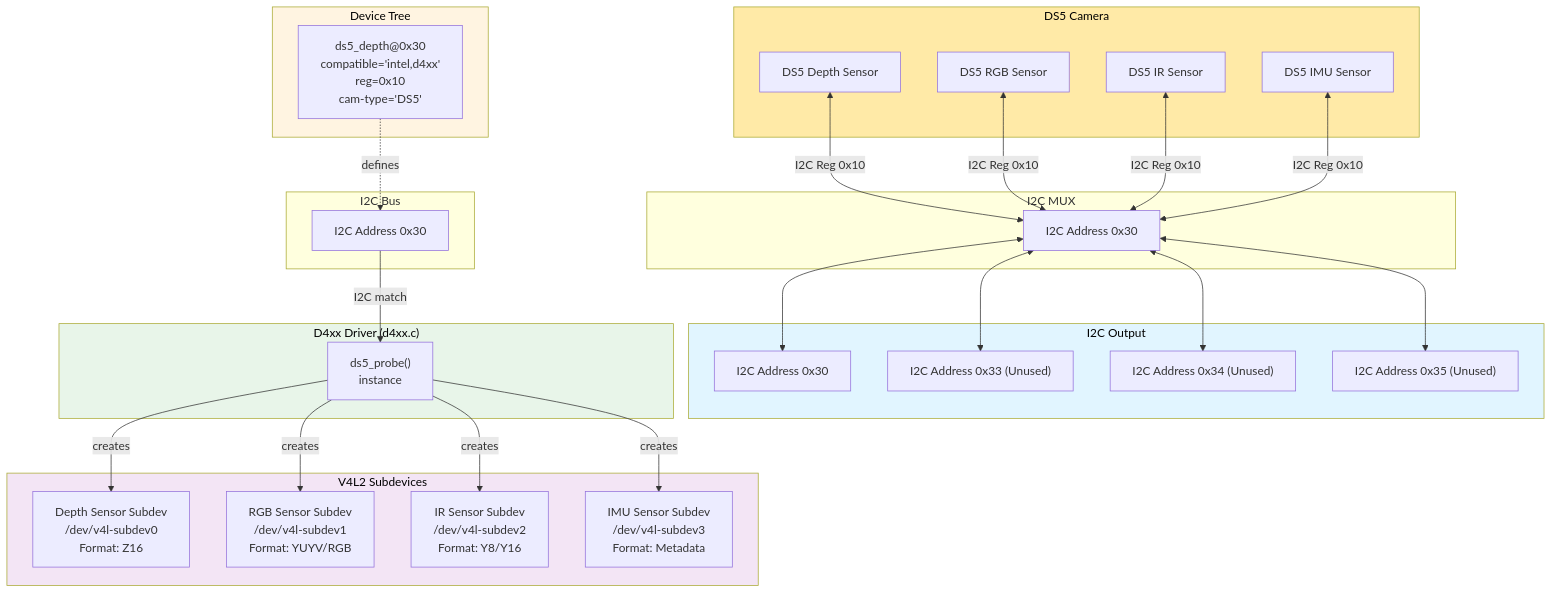
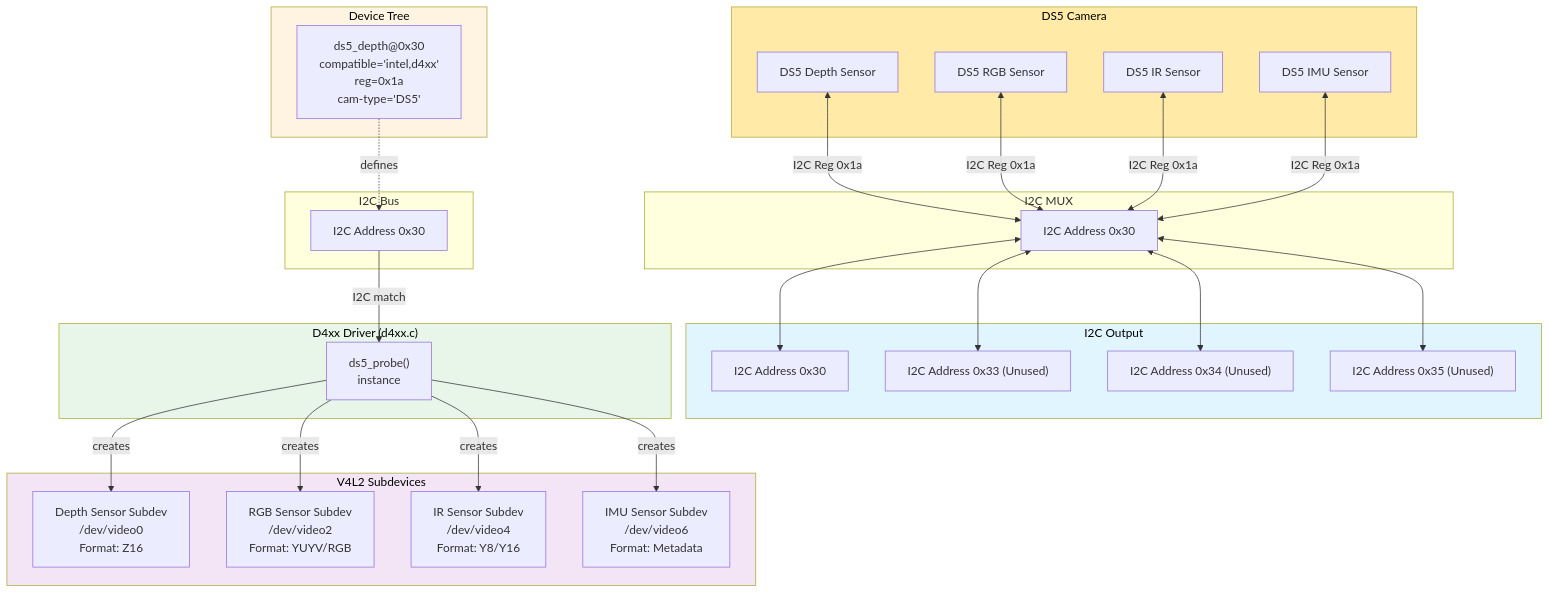
One commit to realsenseai/realsense_mipi_platform_driver changed the first of 15 diagrams in probe_flow_sequence_diagram_single_bus.md. Above: the diagram before and after it, drawn with Mermaid. The commit also changed other lines of this file and 1 other file, not shown here.

````diff
--- a/probe_flow_sequence_diagram_single_bus.md
+++ b/probe_flow_sequence_diagram_single_bus.md
@@ -9,69 +9,69 @@
 ```mermaid
 graph TB
     subgraph I2C_Addr["I2C MUX"]
         I2C_Bus_0x30["I2C Address 0x30"]
     end
 
     subgraph I2C_Out["I2C Output"]
         I2C_Out_0x30["I2C Address 0x30"]
         I2C_Out_0x33["I2C Address 0x33 (Unused)"]
         I2C_Out_0x34["I2C Address 0x34 (Unused)"]
         I2C_Out_0x35["I2C Address 0x35 (Unused)"]
     end
 
     subgraph I2C_Bus["I2C Bus"]
         I2C_Addr_0x30["I2C Address 0x30"]
     end
 
     subgraph DT["Device Tree"]
-        DT_Depth["ds5_depth@0x30<br/>compatible='intel,d4xx'<br/>reg=0x10<br/>cam-type='DS5'"]
+        DT_Depth["ds5_depth@0x30<br/>compatible='intel,d4xx'<br/>reg=0x1a<br/>cam-type='DS5'"]
     end
 
     subgraph Driver["D4xx Driver (d4xx.c)"]
         Probe_DS5["ds5_probe()<br/>instance"]
     end
 
     subgraph V4L2_Subdevs["V4L2 Subdevices"]
-        V4L2_Depth["Depth Sensor Subdev<br/>/dev/v4l-subdev0<br/>Format: Z16"]
-        V4L2_RGB["RGB Sensor Subdev<br/>/dev/v4l-subdev1<br/>Format: YUYV/RGB"]
-        V4L2_IR["IR Sensor Subdev<br/>/dev/v4l-subdev2<br/>Format: Y8/Y16"]
-        V4L2_IMU["IMU Sensor Subdev<br/>/dev/v4l-subdev3<br/>Format: Metadata"]
+        V4L2_Depth["Depth Sensor Subdev<br/>/dev/video0<br/>Format: Z16"]
+        V4L2_RGB["RGB Sensor Subdev<br/>/dev/video2<br/>Format: YUYV/RGB"]
+        V4L2_IR["IR Sensor Subdev<br/>/dev/video4<br/>Format: Y8/Y16"]
+        V4L2_IMU["IMU Sensor Subdev<br/>/dev/video6<br/>Format: Metadata"]
     end
 
     subgraph Hardware["DS5 Camera"]
         HW_Depth["DS5 Depth Sensor"]
         HW_RGB["DS5 RGB Sensor"]
         HW_IR["DS5 IR Sensor"]
         HW_IMU["DS5 IMU Sensor"]
     end
 
     %% Device Tree to I2C Address
     DT_Depth -.->|defines| I2C_Addr_0x30
 
     %% I2C to Driver Probe
     I2C_Addr_0x30 -->|I2C match| Probe_DS5
 
     %% Driver to V4L2 Subdevices
     Probe_DS5 -->|creates| V4L2_Depth
     Probe_DS5 -->|creates| V4L2_RGB
     Probe_DS5 -->|creates| V4L2_IR
     Probe_DS5 -->|creates| V4L2_IMU
 
     %% Hardware connection
-    HW_Depth <-->|I2C Reg 0x10| I2C_Bus_0x30
-    HW_RGB <-->|I2C Reg 0x10| I2C_Bus_0x30
-    HW_IR <-->|I2C Reg 0x10| I2C_Bus_0x30
-    HW_IMU <-->|I2C Reg 0x10| I2C_Bus_0x30
+    HW_Depth <-->|I2C Reg 0x1a| I2C_Bus_0x30
+    HW_RGB <-->|I2C Reg 0x1a| I2C_Bus_0x30
+    HW_IR <-->|I2C Reg 0x1a| I2C_Bus_0x30
+    HW_IMU <-->|I2C Reg 0x1a| I2C_Bus_0x30
 
     %% Mux Output
     I2C_Bus_0x30 <--> I2C_Out_0x30
     I2C_Bus_0x30 <--> I2C_Out_0x33
     I2C_Bus_0x30 <--> I2C_Out_0x34
     I2C_Bus_0x30 <--> I2C_Out_0x35
     
     style I2C_Out fill:#e1f5ff,color:#000000
     style DT fill:#fff4e1,color:#000000
     style Driver fill:#e8f5e9,color:#000000
     style V4L2_Subdevs fill:#f3e5f5,color:#000000
     style Hardware fill:#ffeaa7,color:#000000
 ```
````
